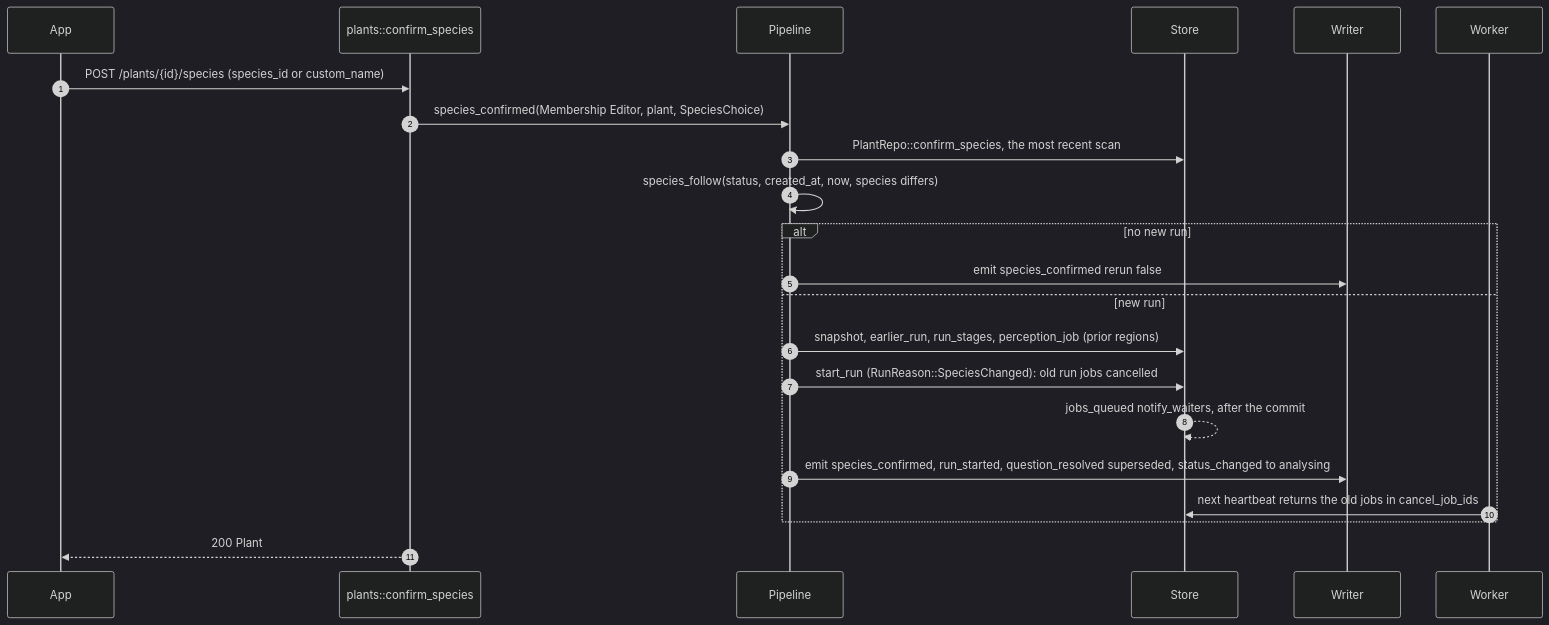
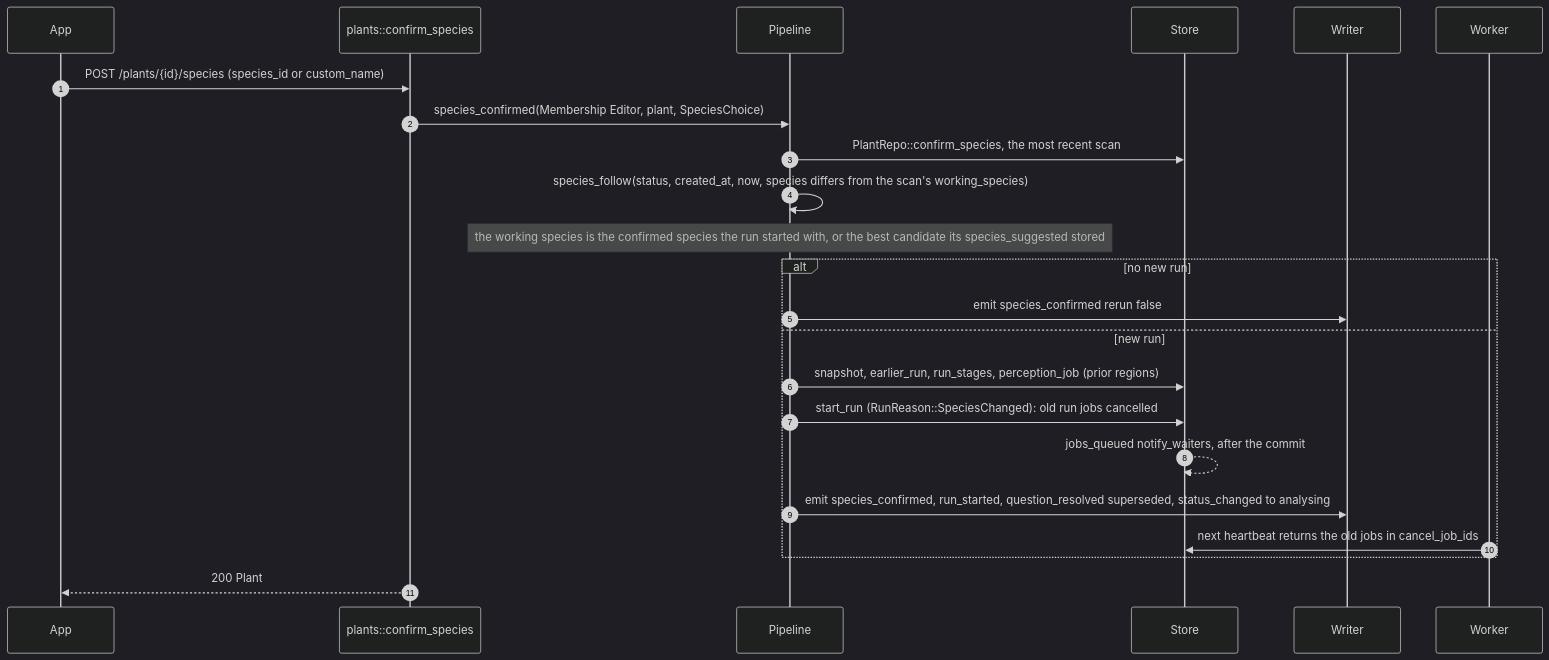
Before and after one commit to aacruzgon/GreenLens: diagram 15 of 34 in docs/backend/flows.md, drawn with Mermaid (dark theme). The commit also changed other lines of this file and 11 other files, not shown here.

````diff
--- a/docs/backend/flows.md
+++ b/docs/backend/flows.md
@@ -768,24 +769,25 @@
 ```mermaid
 sequenceDiagram
     autonumber
     participant App
     participant Handler as plants::confirm_species
     participant Pipeline
     participant Store
     participant Writer
     participant Worker
     App->>Handler: POST /plants/{id}/species (species_id or custom_name)
     Handler->>Pipeline: species_confirmed(Membership Editor, plant, SpeciesChoice)
     Pipeline->>Store: PlantRepo::confirm_species, the most recent scan
-    Pipeline->>Pipeline: species_follow(status, created_at, now, species differs)
+    Pipeline->>Pipeline: species_follow(status, created_at, now, species differs from the scan's working_species)
+    Note over Pipeline: the working species is the confirmed species the run started with, or the best candidate its species_suggested stored
     alt no new run
         Pipeline->>Writer: emit species_confirmed rerun false
     else new run
         Pipeline->>Store: snapshot, earlier_run, run_stages, perception_job (prior regions)
         Pipeline->>Store: start_run (RunReason::SpeciesChanged): old run jobs cancelled
         Store-->>Store: jobs_queued notify_waiters, after the commit
         Pipeline->>Writer: emit species_confirmed, run_started, question_resolved superseded, status_changed to analysing
         Worker->>Store: next heartbeat returns the old jobs in cancel_job_ids
     end
     Handler-->>App: 200 Plant
 ```
````
